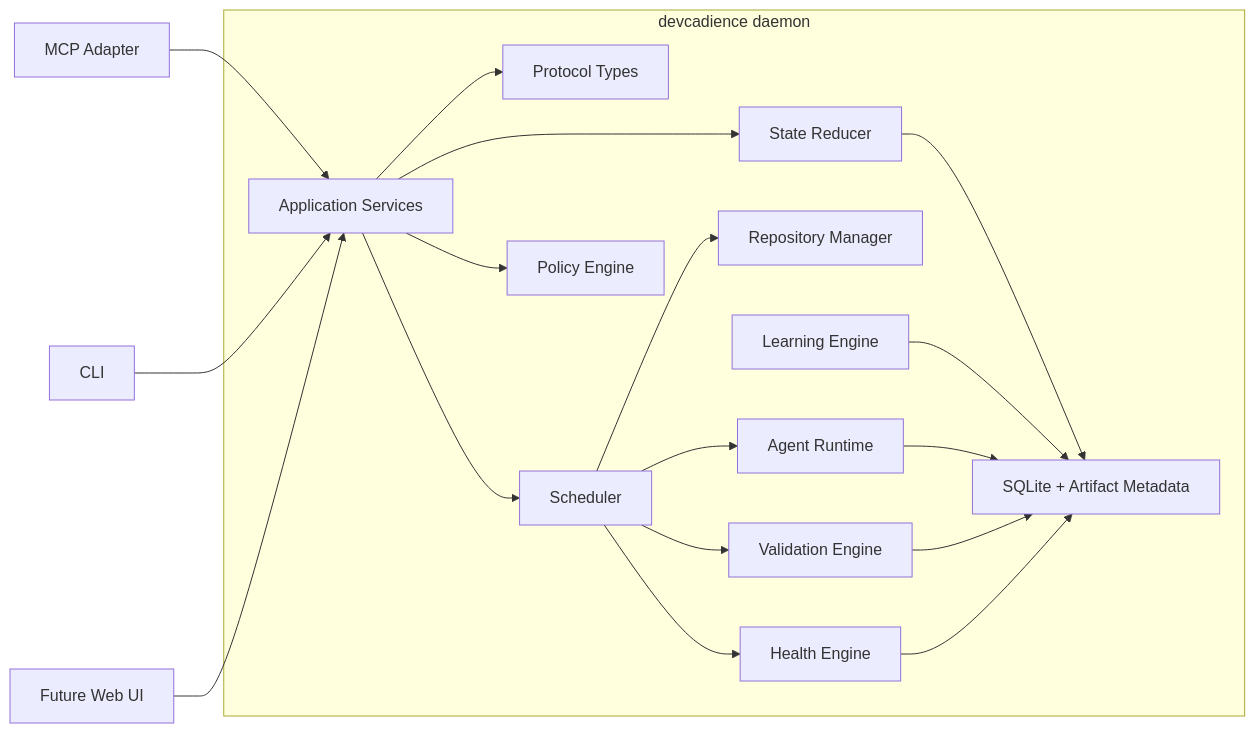
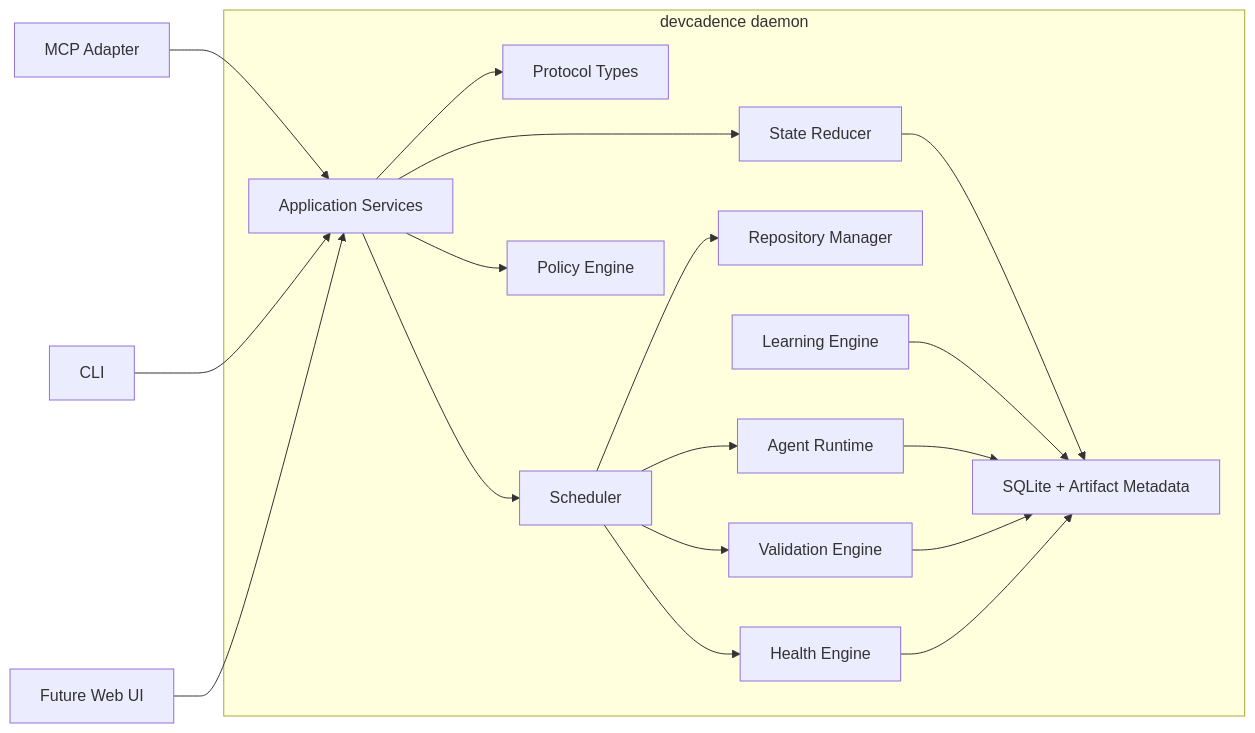
Before and after one commit to olostan/DevCadence: the third of 13 diagrams in docs/ARCHITECTURE.md, drawn with Mermaid. The commit also changed other lines of this file and 207 other files, not shown here.

````diff
--- a/docs/ARCHITECTURE.md
+++ b/docs/ARCHITECTURE.md
@@ -125,36 +125,36 @@
 ```mermaid
 flowchart LR
-    subgraph Process["devcadience daemon"]
+    subgraph Process["devcadence daemon"]
         API["Application Services"]
         Protocol["Protocol Types"]
         State["State Reducer"]
         Scheduler["Scheduler"]
         Policy["Policy Engine"]
         Repo["Repository Manager"]
         Agents["Agent Runtime"]
         Validators["Validation Engine"]
         Health["Health Engine"]
         Learn["Learning Engine"]
         Storage["SQLite + Artifact Metadata"]
     end
 
     MCP["MCP Adapter"] --> API
     CLI["CLI"] --> API
     FutureUI["Future Web UI"] --> API
 
     API --> Protocol
     API --> State
     API --> Scheduler
     API --> Policy
 
     Scheduler --> Repo
     Scheduler --> Agents
     Scheduler --> Validators
     Scheduler --> Health
 
     State --> Storage
     Learn --> Storage
     Agents --> Storage
     Validators --> Storage
     Health --> Storage
 ```
````
